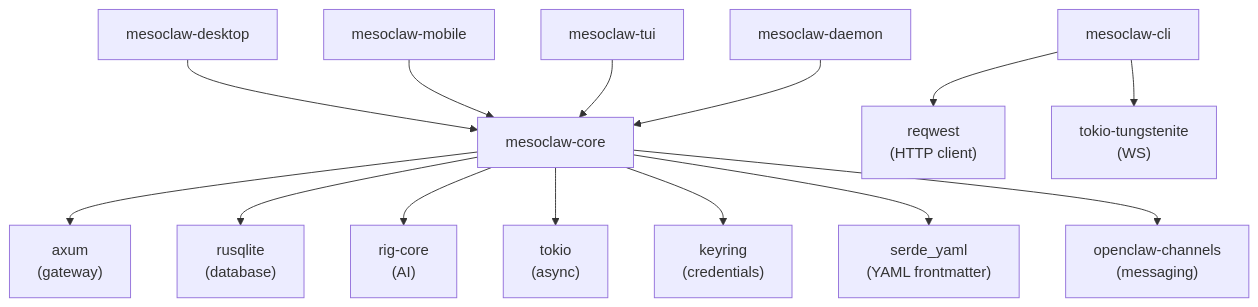
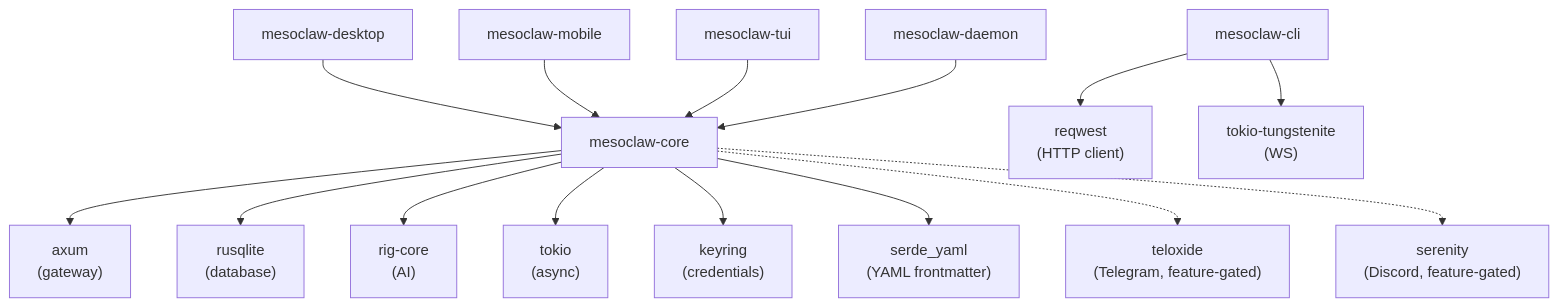
Before and after one commit to sprklai/mesoclaw: the third of 7 diagrams in README.md, drawn with Mermaid. The commit also changed other lines of this file and 56 other files, not shown here.

````diff
--- a/README.md
+++ b/README.md
@@ -104,18 +104,19 @@
 ```mermaid
 graph TD
     desktop[mesoclaw-desktop] --> core[mesoclaw-core]
     mobile[mesoclaw-mobile] --> core
     cli[mesoclaw-cli]
     cli --> reqwest["reqwest<br>#40;HTTP client#41;"]
     cli --> tungstenite["tokio-tungstenite<br>#40;WS#41;"]
     tui[mesoclaw-tui] --> core
     daemon[mesoclaw-daemon] --> core
 
     core --> axum["axum<br>#40;gateway#41;"]
     core --> rusqlite["rusqlite<br>#40;database#41;"]
     core --> rigcore["rig-core<br>#40;AI#41;"]
     core --> tokio["tokio<br>#40;async#41;"]
     core --> keyring["keyring<br>#40;credentials#41;"]
     core --> serdeyaml["serde_yaml<br>#40;YAML frontmatter#41;"]
-    core --> openclaw["openclaw-channels<br>#40;messaging#41;"]
+    core -.-> teloxide["teloxide<br>#40;Telegram, feature-gated#41;"]
+    core -.-> serenity["serenity<br>#40;Discord, feature-gated#41;"]
 ```
````
